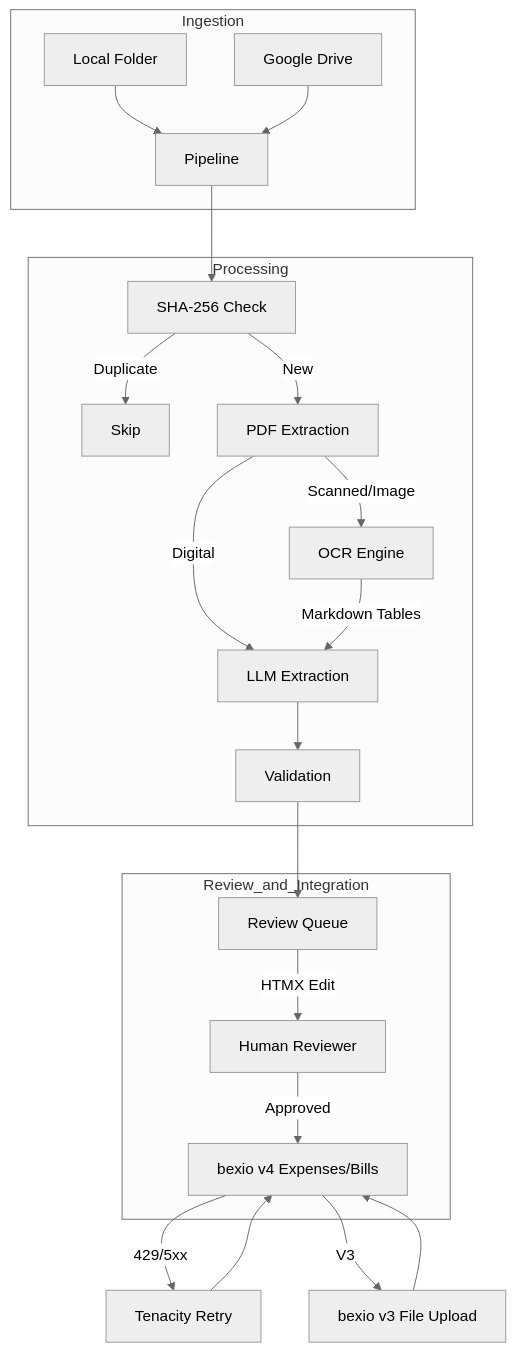
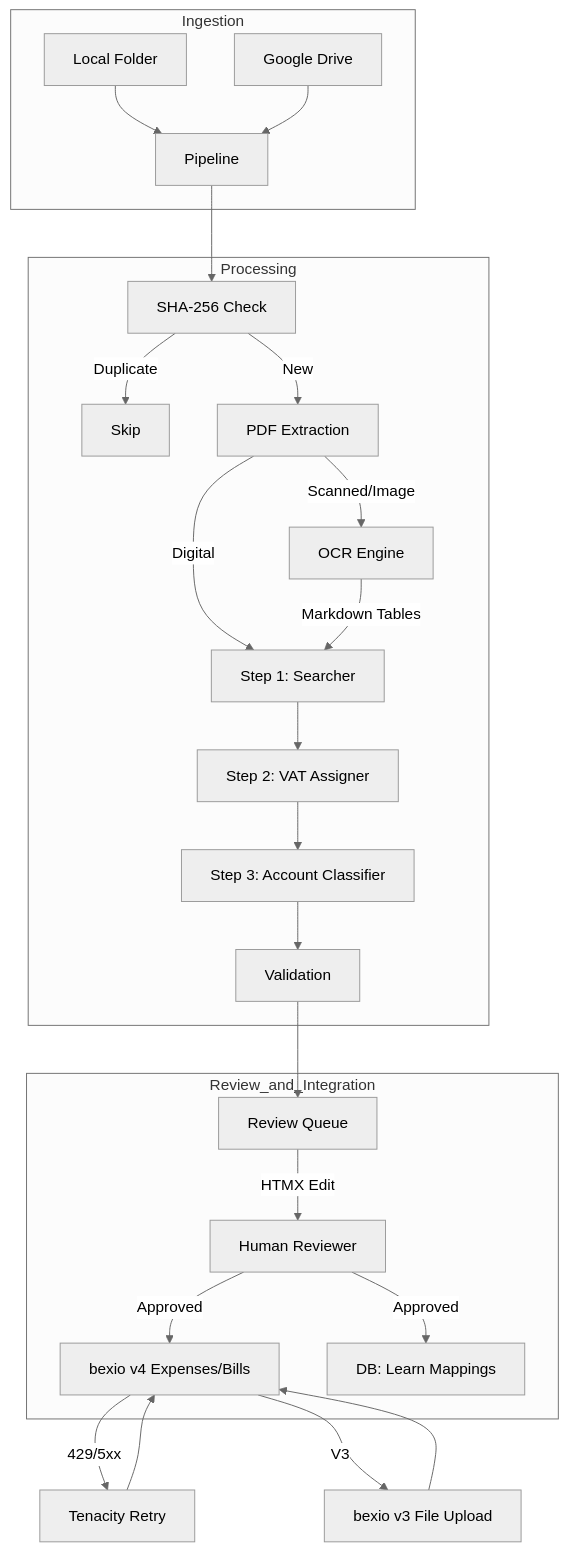
One commit to tazztone/bexio-receipts changed the diagram in docs/ARCHITECTURE.md. Above: the diagram before and after it, drawn with Mermaid (neutral theme). The commit also changed other lines of this file and 5 other files, not shown here.

````diff
--- a/docs/ARCHITECTURE.md
+++ b/docs/ARCHITECTURE.md
@@ -10,28 +10,31 @@
 ```mermaid
 graph TD
     subgraph Ingestion
         WatchedDir[Local Folder] --> P[Pipeline]
         GDrive[Google Drive] --> P
     end
 
     subgraph Processing
         P --> DB_Hash[SHA-256 Check]
         DB_Hash -- Duplicate --> Skip[Skip]
         DB_Hash -- New --> PDF_Check[PDF Extraction]
         PDF_Check -- Scanned/Image --> OCR[OCR Engine]
-        PDF_Check -- Digital --> LLM[LLM Extraction]
-        OCR -- Markdown Tables --> LLM
-        LLM --> VAL[Validation]
+        PDF_Check -- Digital --> LLM_S1[Step 1: Searcher]
+        OCR -- Markdown Tables --> LLM_S1
+        LLM_S1 --> LLM_S2[Step 2: VAT Assigner]
+        LLM_S2 --> LLM_S3[Step 3: Account Classifier]
+        LLM_S3 --> VAL[Validation]
     end
 
     subgraph Review_and_Integration
         VAL --> Review[Review Queue]
         Review -- HTMX Edit --> Human[Human Reviewer]
         Human -- Approved --> BEX_V4[bexio v4 Expenses/Bills]
+        Human -- Approved --> DB_Learn[DB: Learn Mappings]
     end
 
     BEX_V4 -- 429/5xx --> Retry[Tenacity Retry]
     Retry --> BEX_V4
     BEX_V4 -- V3 --> Upload[bexio v3 File Upload]
     Upload --> BEX_V4
 ```
````
